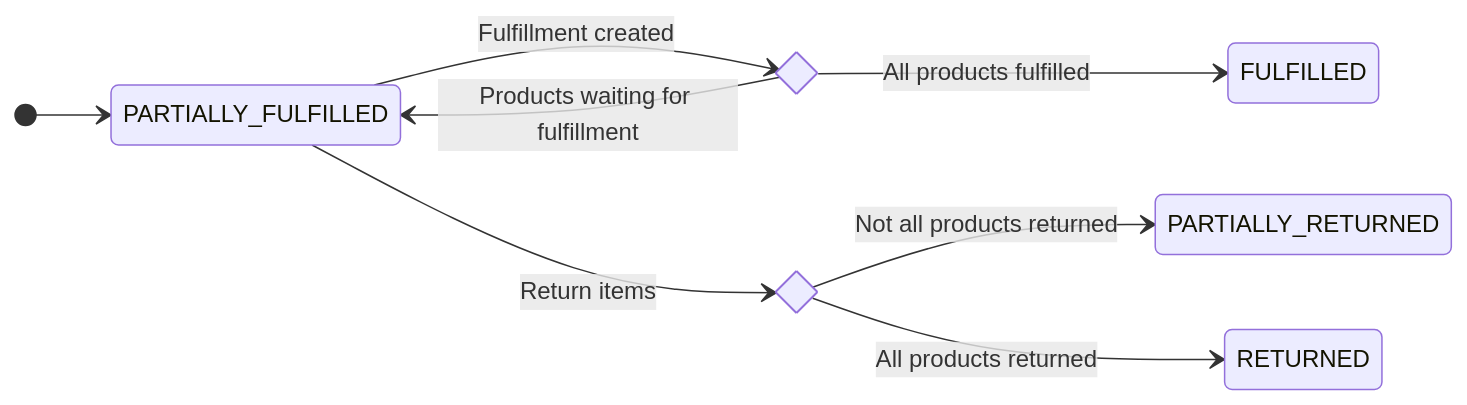
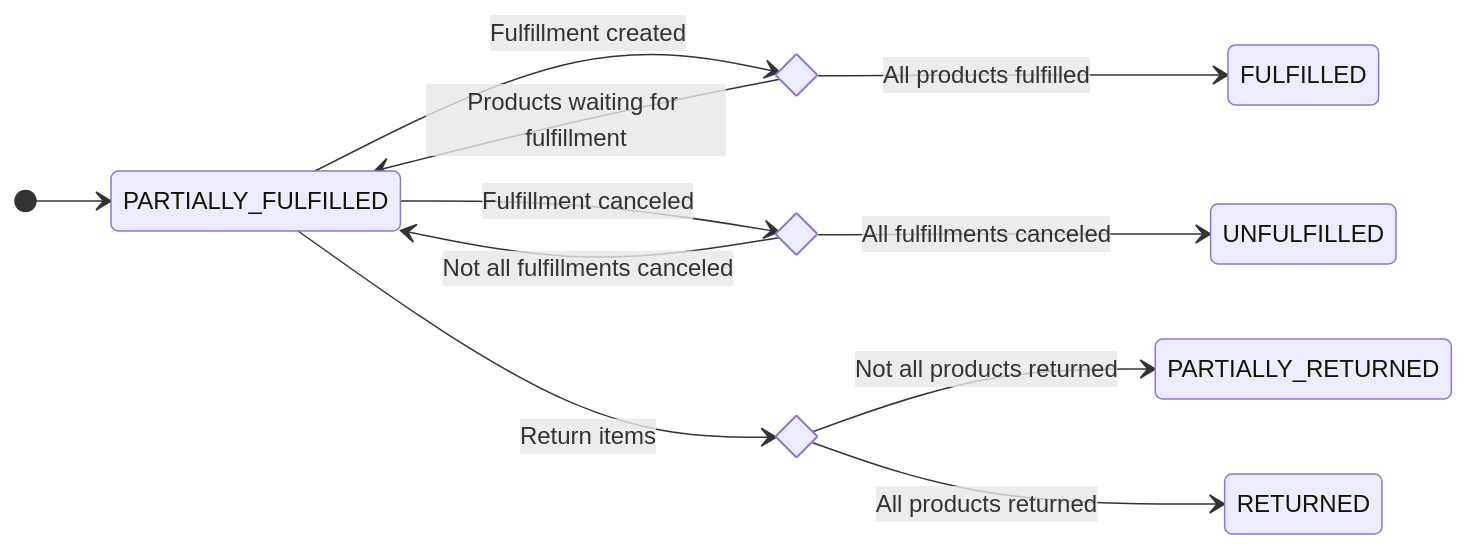
One commit to saleor/saleor-docs changed the fifth of 7 diagrams in docs/developer/checkout/order-status.mdx. Above: the diagram before and after it, drawn with Mermaid. The commit also changed other lines of this file and 1 other file, not shown here.

Commit message:
Add info about fulfillment cancelation

````diff
--- a/docs/developer/checkout/order-status.mdx
+++ b/docs/developer/checkout/order-status.mdx
@@ -127,17 +133,22 @@
 ```mermaid
 stateDiagram-v2
     direction LR
 
     [*] --> PARTIALLY_FULFILLED
     state if_state_fulfillments <<choice>>
     state if_state_returns <<choice>>
+    state if_state_cancel_fulfillments <<choice>>
 
 
     PARTIALLY_FULFILLED --> if_state_fulfillments: Fulfillment created
     if_state_fulfillments --> PARTIALLY_FULFILLED: Products waiting for fulfillment
     if_state_fulfillments --> FULFILLED: All products fulfilled
 
+    PARTIALLY_FULFILLED --> if_state_cancel_fulfillments: Fulfillment canceled
+    if_state_cancel_fulfillments --> PARTIALLY_FULFILLED: Not all fulfillments canceled
+    if_state_cancel_fulfillments --> UNFULFILLED: All fulfillments canceled
+
     PARTIALLY_FULFILLED --> if_state_returns: Return items
     if_state_returns --> PARTIALLY_RETURNED: Not all products returned
     if_state_returns --> RETURNED: All products returned
 ```
````
